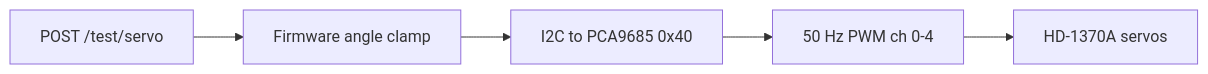
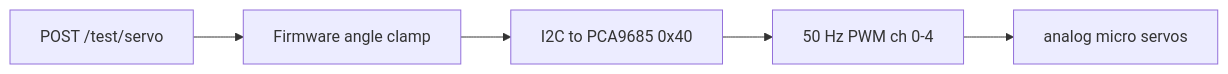
One commit to jamro/tiny-engineer changed the second of 2 diagrams in docs/hardware-for-software-engineers/04-buses-and-protocols.md. Above: the diagram before and after it, drawn with Mermaid. The commit also changed other lines of this file and 253 other files, not shown here.

````diff
--- a/docs/hardware-for-software-engineers/04-buses-and-protocols.md
+++ b/docs/hardware-for-software-engineers/04-buses-and-protocols.md
@@ -96,9 +96,9 @@
 ```mermaid
 flowchart LR
   HTTP["POST /test/servo"]
   FW["Firmware angle clamp"]
   I2C["I2C to PCA9685 0x40"]
   PWM["50 Hz PWM ch 0-4"]
-  SRV["HD-1370A servos"]
+  SRV["analog micro servos"]
   HTTP --> FW --> I2C --> PWM --> SRV
 ```
````
